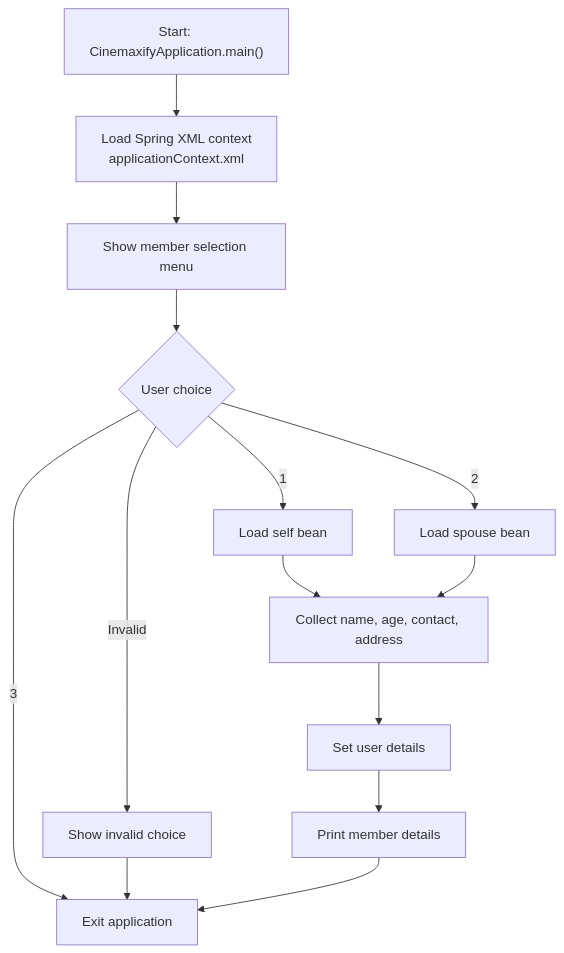
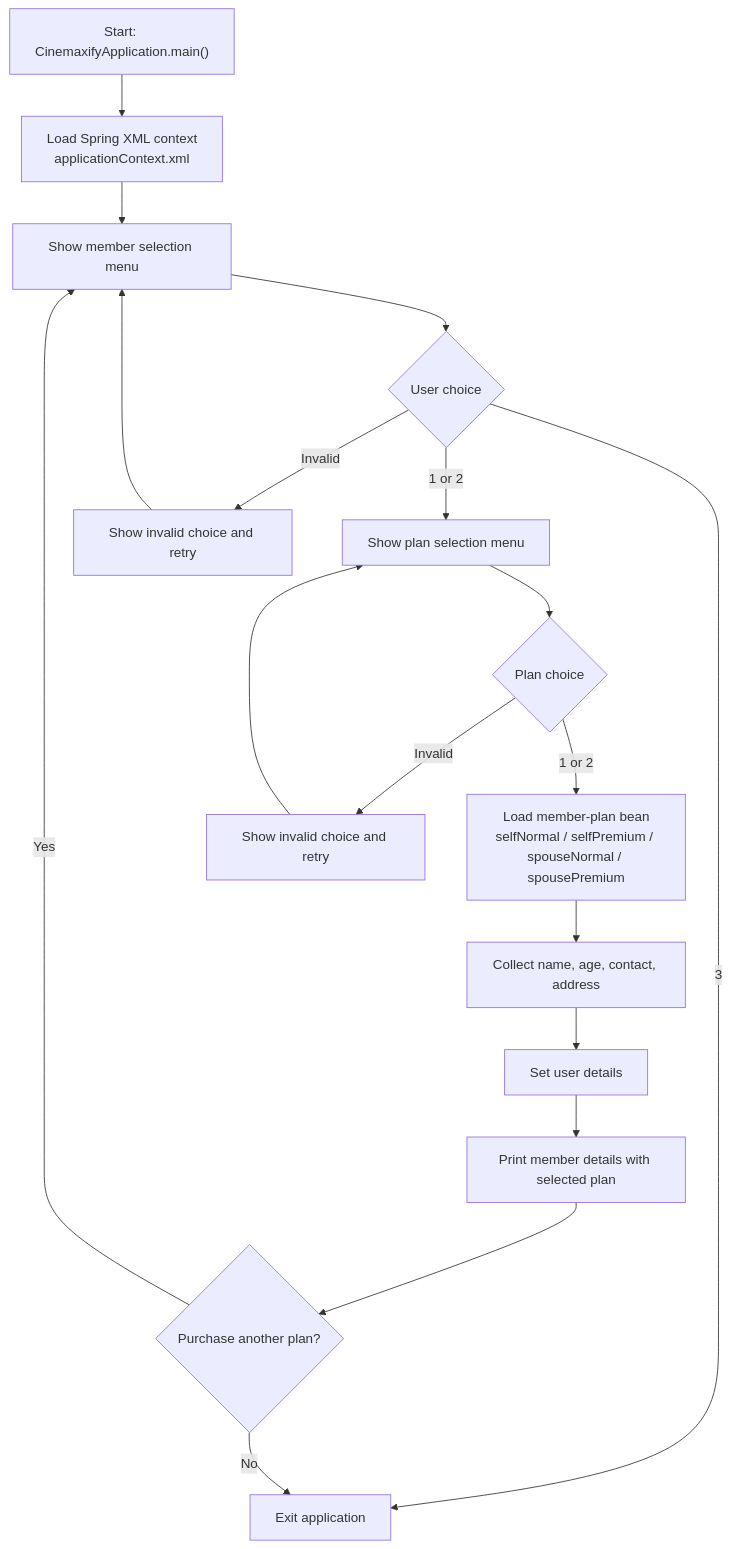
Before and after one commit to bipin-verma/cinemaxify: the diagram in README.md, drawn with Mermaid. The commit also changed other lines of this file and 13 other files, not shown here.

````diff
--- a/README.md
+++ b/README.md
@@ -37,16 +40,20 @@
 ```mermaid
 flowchart TD
     A["Start: CinemaxifyApplication.main()"] --> B["Load Spring XML context<br/>applicationContext.xml"]
     B --> C["Show member selection menu"]
     C --> D{"User choice"}
-    D -->|"1"| E["Load self bean"]
-    D -->|"2"| F["Load spouse bean"]
-    D -->|"3"| K["Exit application"]
-    D -->|"Invalid"| L["Show invalid choice"]
-    L --> K
-    E --> G["Collect name, age, contact, address"]
-    F --> G
-    G --> H["Set user details"]
-    H --> I["Print member details"]
-    I --> K
+    D -->|"1 or 2"| E["Show plan selection menu"]
+    D -->|"3"| M["Exit application"]
+    D -->|"Invalid"| N["Show invalid choice and retry"]
+    N --> C
+    E --> F{"Plan choice"}
+    F -->|"1 or 2"| G["Load member-plan bean<br/>selfNormal / selfPremium / spouseNormal / spousePremium"]
+    F -->|"Invalid"| O["Show invalid choice and retry"]
+    O --> E
+    G --> H["Collect name, age, contact, address"]
+    H --> I["Set user details"]
+    I --> J["Print member details with selected plan"]
+    J --> K{"Purchase another plan?"}
+    K -->|"Yes"| C
+    K -->|"No"| M
 ```
````
